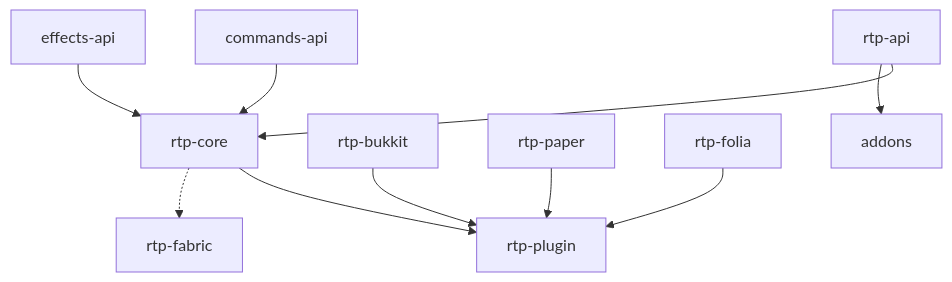
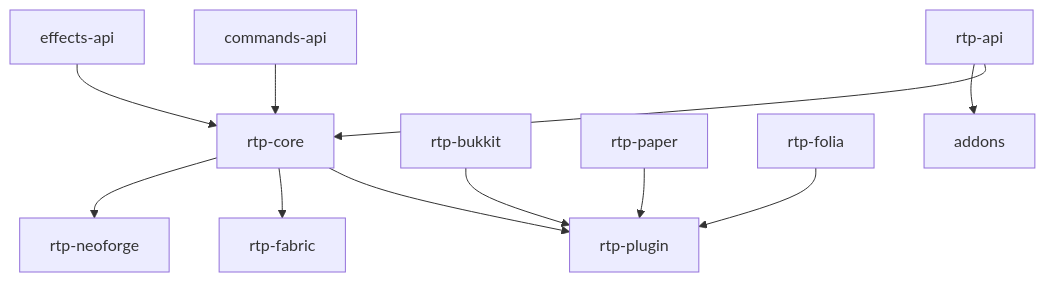
The diagram in docs/dev/ARCHITECTURE.md (DailyStruggle/RTP), drawn with Mermaid before and after one commit. The commit also changed other lines of this file and 223 other files, not shown here.

````diff
--- a/docs/dev/ARCHITECTURE.md
+++ b/docs/dev/ARCHITECTURE.md
@@ -38,12 +40,13 @@
 ```mermaid
 graph TD
     rtp-api --> rtp-core
     commands-api --> rtp-core
     effects-api --> rtp-core
     rtp-core --> rtp-plugin
     rtp-bukkit --> rtp-plugin
     rtp-paper --> rtp-plugin
     rtp-folia --> rtp-plugin
-    rtp-core -.-> rtp-fabric
+    rtp-core --> rtp-fabric
+    rtp-core --> rtp-neoforge
     rtp-api --> addons
 ```
````
